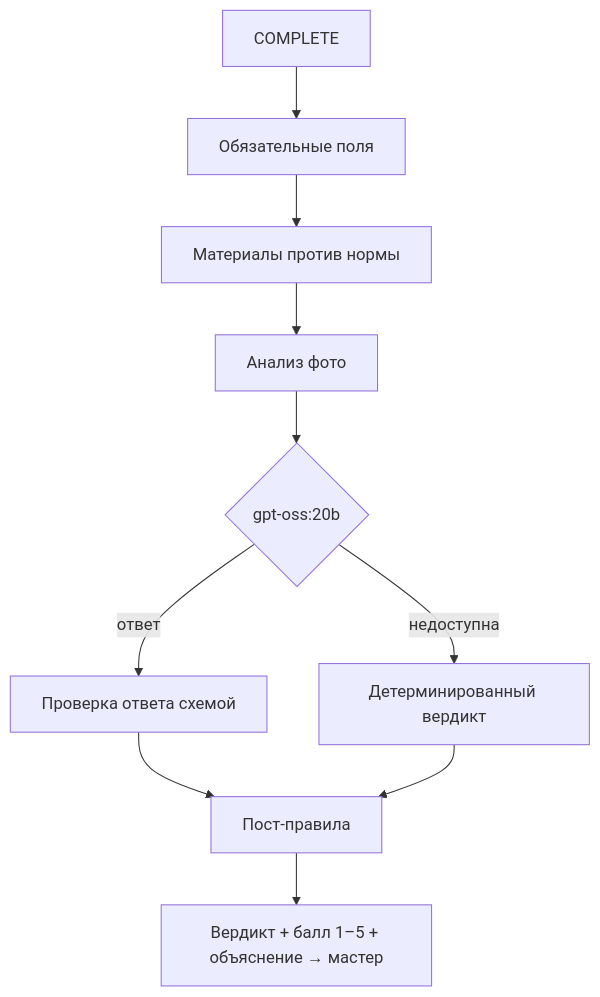
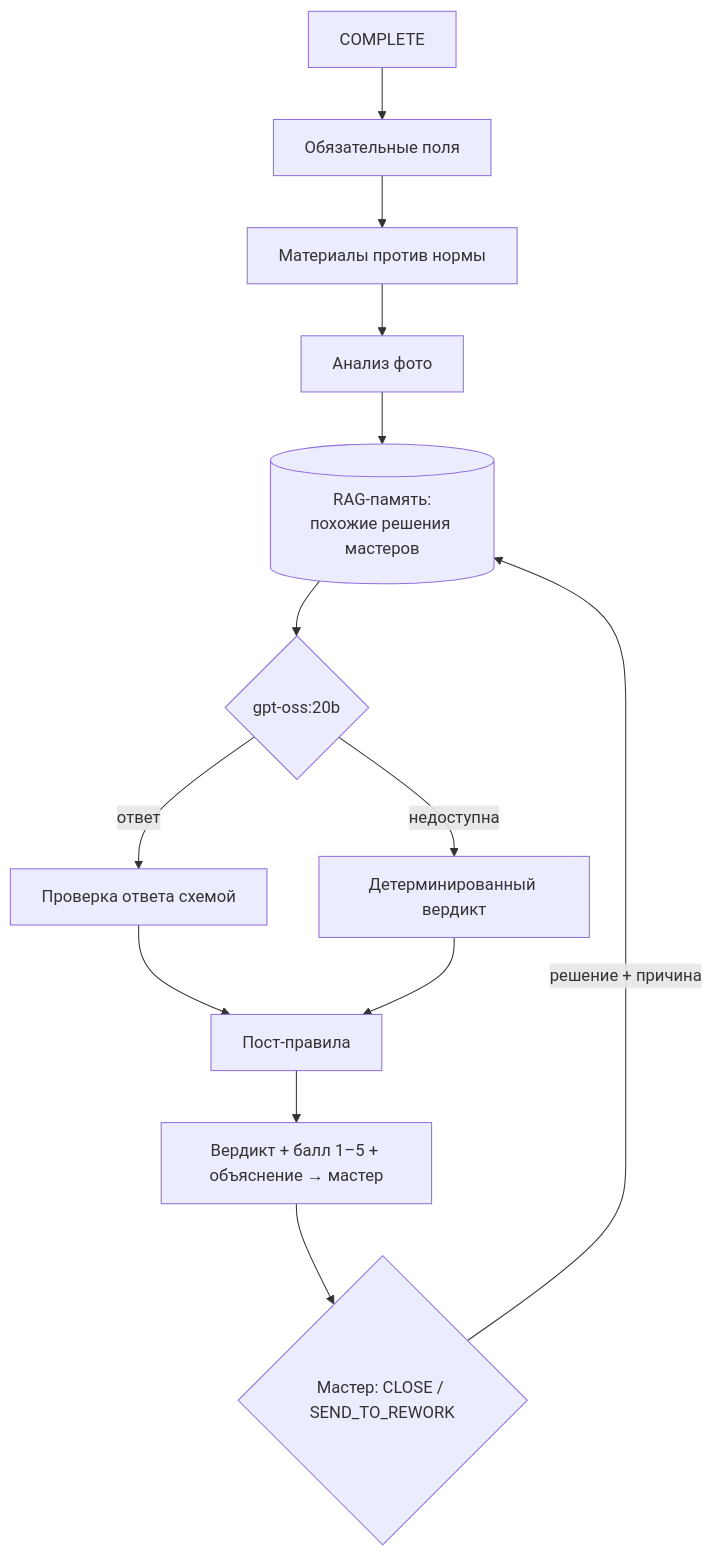
The third of 4 diagrams in README.md (g0v4k0/naryad-ai-backend), drawn with Mermaid before and after one commit. The commit also changed other lines of this file and 23 other files, not shown here.

````diff
--- a/README.md
+++ b/README.md
@@ -197,12 +197,15 @@
 ```mermaid
 flowchart TD
   A[COMPLETE] --> B[Обязательные поля]
   B --> C[Материалы против нормы]
   C --> D[Анализ фото]
-  D --> E{gpt-oss:20b}
+  D --> R[(RAG-память:<br/>похожие решения мастеров)]
+  R --> E{gpt-oss:20b}
   E -- ответ --> V[Проверка ответа схемой]
   E -- недоступна --> G[Детерминированный вердикт]
   V --> H[Пост-правила]
   G --> H
   H --> I[Вердикт + балл 1–5 + объяснение → мастер]
+  I --> M{Мастер: CLOSE / SEND_TO_REWORK}
+  M -- решение + причина --> R
 ```
````
